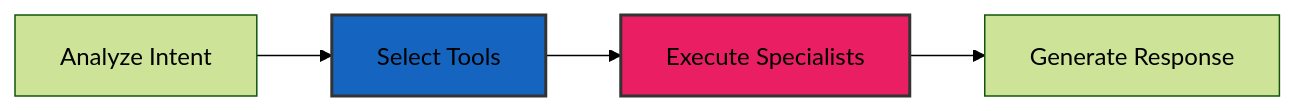
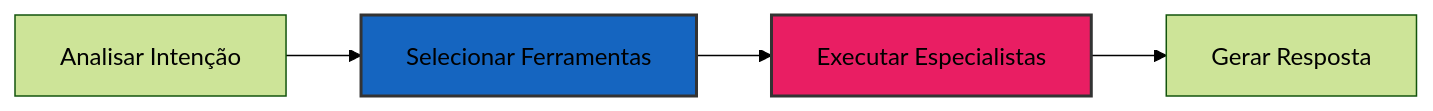
The sixth of 11 diagrams in docs/architecture/agent-flow.md (VictorCappelletto/data_agent_ia_01), drawn with Mermaid (forest theme) before and after one commit. The commit also changed other lines of this file and 11 other files, not shown here.

````diff
--- a/docs/architecture/agent-flow.md
+++ b/docs/architecture/agent-flow.md
@@ -122,9 +122,9 @@
 ```mermaid
 graph LR
-    A[Analyze Intent] --> B[Select Tools]
-    B --> C[Execute Specialists]
-    C --> D[Generate Response]
+    A[Analisar Intenção] --> B[Selecionar Ferramentas]
+    B --> C[Executar Especialistas]
+    C --> D[Gerar Resposta]
     
     style B fill:#1565c0,stroke:#333,stroke-width:2px
     style C fill:#e91e63,stroke:#333,stroke-width:2px
 ```
````
